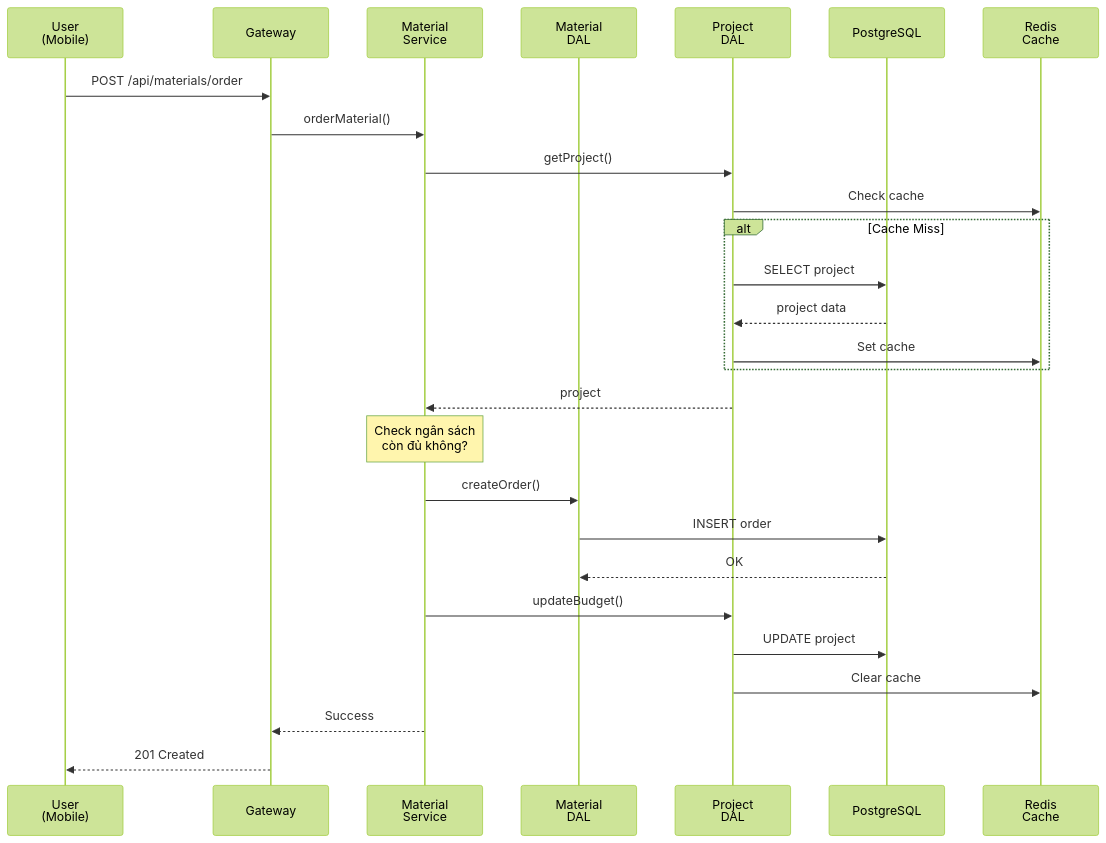
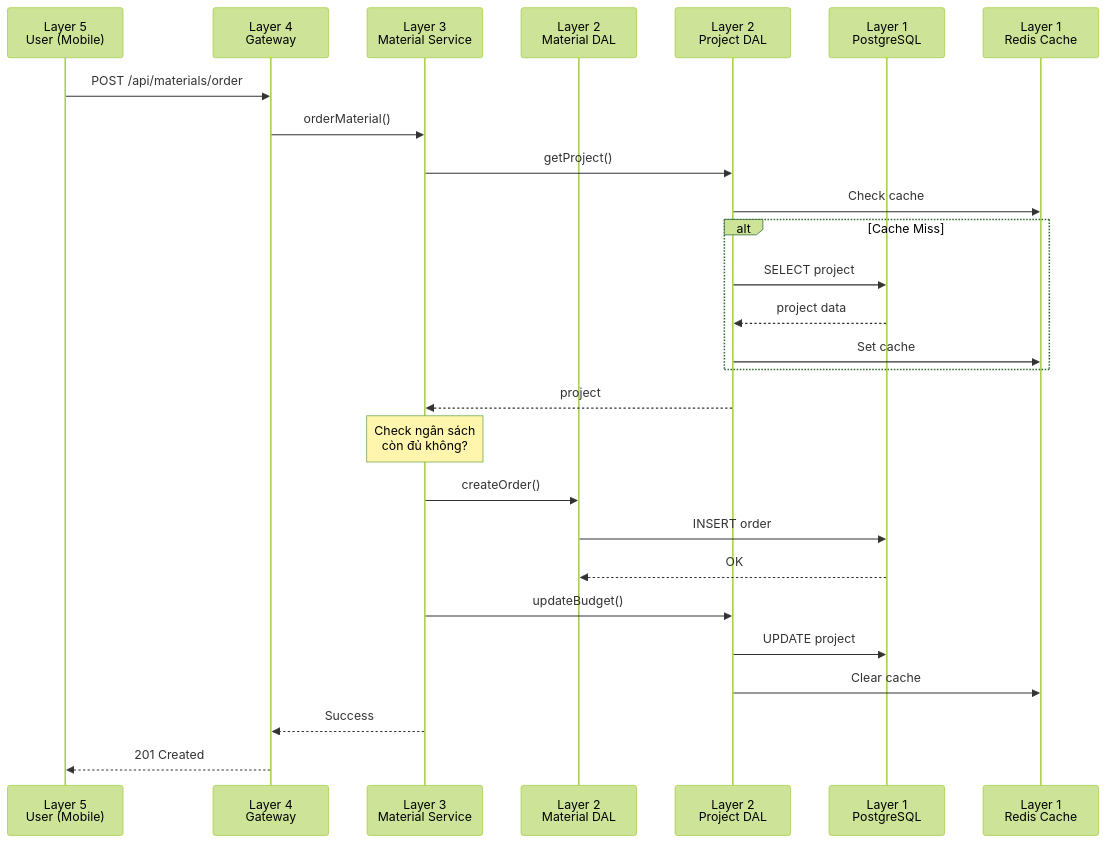
Before and after one commit to phuc-nt/system-architect-docs: the fourth of 7 diagrams in 5-layer/construction-project-management-5-layer.md, drawn with Mermaid (forest theme). The commit also changed other lines of this file and 1 other file, not shown here.

First line of the commit message:
Add layer numbers to sequence diagrams for better clarity

````diff
--- a/5-layer/construction-project-management-5-layer.md
+++ b/5-layer/construction-project-management-5-layer.md
@@ -333,35 +354,35 @@
 ```mermaid
 sequenceDiagram
-    participant U as User<br/>(Mobile)
-    participant GW as Gateway
-    participant MS as Material<br/>Service
-    participant MD as Material<br/>DAL
-    participant PD as Project<br/>DAL
-    participant DB as PostgreSQL
-    participant C as Redis<br/>Cache
+    participant U as Layer 5<br/>User (Mobile)
+    participant GW as Layer 4<br/>Gateway
+    participant MS as Layer 3<br/>Material Service
+    participant MD as Layer 2<br/>Material DAL
+    participant PD as Layer 2<br/>Project DAL
+    participant DB as Layer 1<br/>PostgreSQL
+    participant C as Layer 1<br/>Redis Cache
 
     U->>GW: POST /api/materials/order
     GW->>MS: orderMaterial()
 
     MS->>PD: getProject()
     PD->>C: Check cache
     alt Cache Miss
         PD->>DB: SELECT project
         DB-->>PD: project data
         PD->>C: Set cache
     end
     PD-->>MS: project
 
     Note over MS: Check ngân sách<br/>còn đủ không?
 
     MS->>MD: createOrder()
     MD->>DB: INSERT order
     DB-->>MD: OK
 
     MS->>PD: updateBudget()
     PD->>DB: UPDATE project
     PD->>C: Clear cache
 
     MS-->>GW: Success
     GW-->>U: 201 Created
 ```
````
